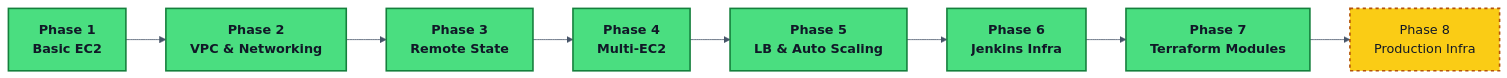
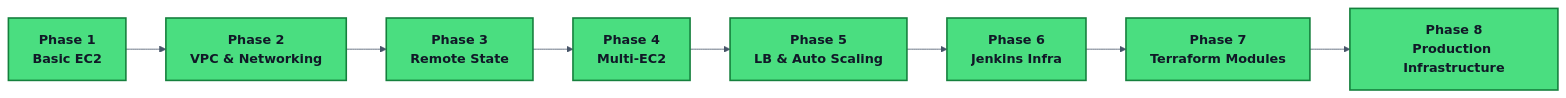
The first of 4 diagrams in 01-terraform/README.md (anshu-sharma-devops/key-learning-of-cloud-and-devops), drawn with Mermaid before and after one commit. The commit also changed other lines of this file, not shown here.

````diff
--- a/01-terraform/README.md
+++ b/01-terraform/README.md
@@ -26,23 +28,22 @@
 ```mermaid
 %%{init:{
 "theme":"base",
 "themeVariables":{
 "primaryTextColor":"#111827",
 "lineColor":"#475569",
 "background":"transparent"
 }}}%%
 
 flowchart LR
     P1["Phase 1<br/>Basic EC2"] --> P2["Phase 2<br/>VPC & Networking"]
     P2 --> P3["Phase 3<br/>Remote State"]
     P3 --> P4["Phase 4<br/>Multi-EC2"]
     P4 --> P5["Phase 5<br/>LB & Auto Scaling"]
     P5 --> P6["Phase 6<br/>Jenkins Infra"]
     P6 --> P7["Phase 7<br/>Terraform Modules"]
-    P7 --> P8["Phase 8<br/>Production Infra"]
+  P7 --> P8["Phase 8<br/>Production Infrastructure"]
 
-    classDef done fill:#4ADE80,stroke:#15803D,color:#111827,stroke-width:2px,font-weight:bold;
-    classDef next fill:#FACC15,stroke:#B45309,color:#111827,stroke-width:2px,stroke-dasharray: 4 4;
-    class P1,P2,P3,P4,P5,P6,P7 done;
-    class P8 next;
+classDef done fill:#4ADE80,stroke:#15803D,color:#111827,stroke-width:2px,font-weight:bold;
+
+class P1,P2,P3,P4,P5,P6,P7,P8 done;
 ```
````
